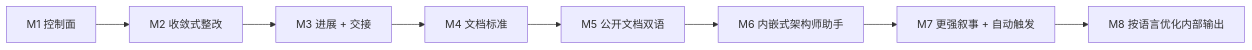
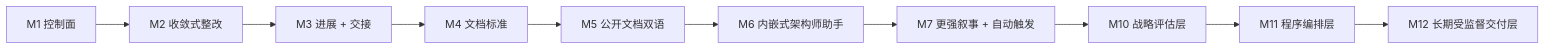
One commit to redcreen/project-assistant changed the diagram in docs/roadmap.zh-CN.md. Above: the diagram before and after it, drawn with Mermaid. The commit also changed other lines of this file and 17 other files, not shown here.

````diff
--- a/docs/roadmap.zh-CN.md
+++ b/docs/roadmap.zh-CN.md
@@ -46,10 +46,12 @@
 ```mermaid
 flowchart LR
     M1["M1 控制面"] --> M2["M2 收敛式整改"]
     M2 --> M3["M3 进展 + 交接"]
     M3 --> M4["M4 文档标准"]
     M4 --> M5["M5 公开文档双语"]
     M5 --> M6["M6 内嵌式架构师助手"]
     M6 --> M7["M7 更强叙事 + 自动触发"]
-    M7 --> M8["M8 按语言优化内部输出"]
+    M7 --> M10["M10 战略评估层"]
+    M10 --> M11["M11 程序编排层"]
+    M11 --> M12["M12 长期受监督交付层"]
 ```
````
